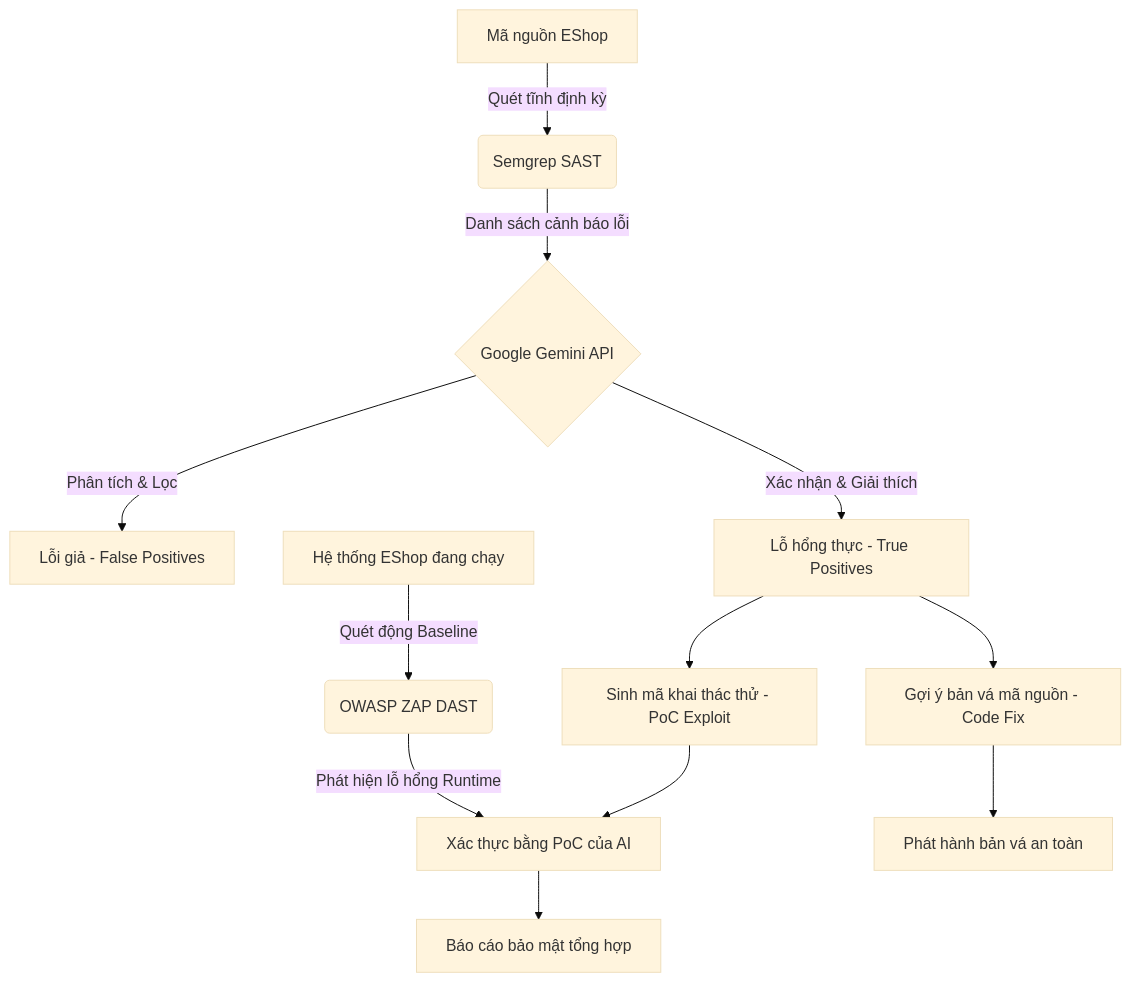
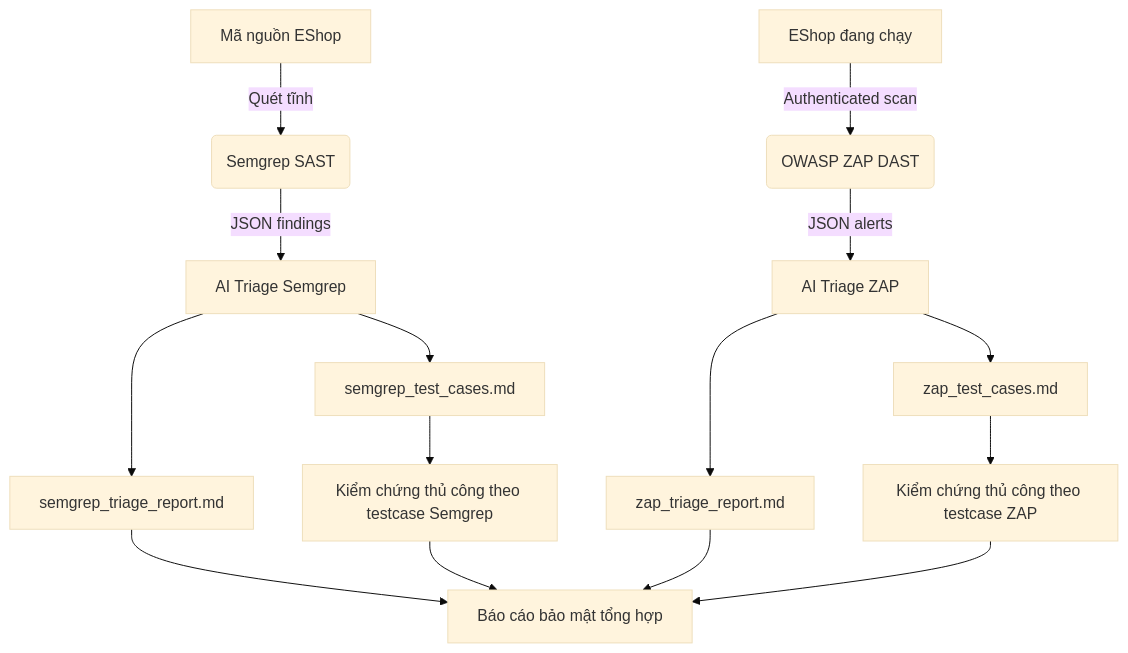
One commit to HB4305/Seminar-SoftwareTesting changed the diagram in Security_Testing_Workflow.md. Above: the diagram before and after it, drawn with Mermaid (base theme). The commit also changed other lines of this file and 2 other files, not shown here.

````diff
--- a/Security_Testing_Workflow.md
+++ b/Security_Testing_Workflow.md
@@ -7,18 +7,19 @@
 ```mermaid
 graph TD
-    A[Mã nguồn EShop] -->|Quét tĩnh định kỳ| B(Semgrep SAST)
-    B -->|Danh sách cảnh báo lỗi| C{Google Gemini API}
-    
-    C -->|Phân tích & Lọc| D[Lỗi giả - False Positives]
-    C -->|Xác nhận & Giải thích| E[Lỗ hổng thực - True Positives]
-    
-    E --> F[Sinh mã khai thác thử - PoC Exploit]
-    E --> G[Gợi ý bản vá mã nguồn - Code Fix]
-    
-    H[Hệ thống EShop đang chạy] -->|Quét động Baseline| I(OWASP ZAP DAST)
-    I -->|Phát hiện lỗ hổng Runtime| J[Xác thực bằng PoC của AI]
-    
-    F --> J
-    J --> K[Báo cáo bảo mật tổng hợp]
-    G --> L[Phát hành bản vá an toàn]
+    A[Mã nguồn EShop] -->|Quét tĩnh| B(Semgrep SAST)
+    B -->|JSON findings| C[AI Triage Semgrep]
+    C --> D[semgrep_triage_report.md]
+    C --> E[semgrep_test_cases.md]
+    E --> F[Kiểm chứng thủ công theo testcase Semgrep]
+
+    G[EShop đang chạy] -->|Authenticated scan| H(OWASP ZAP DAST)
+    H -->|JSON alerts| I[AI Triage ZAP]
+    I --> J[zap_triage_report.md]
+    I --> K[zap_test_cases.md]
+    K --> L[Kiểm chứng thủ công theo testcase ZAP]
+
+    D --> M[Báo cáo bảo mật tổng hợp]
+    F --> M
+    J --> M
+    L --> M
 ```
````
